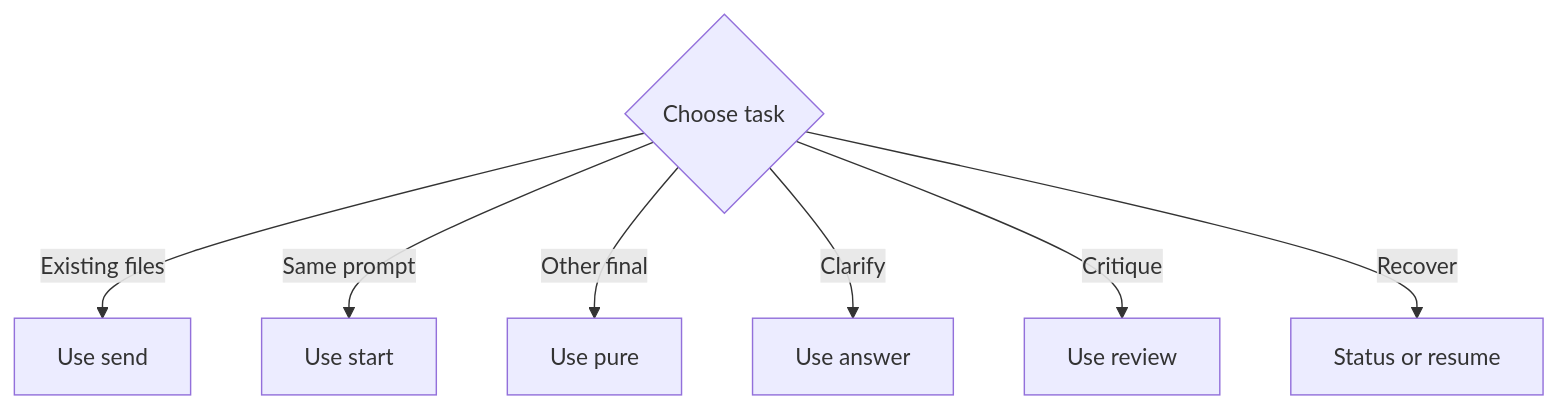
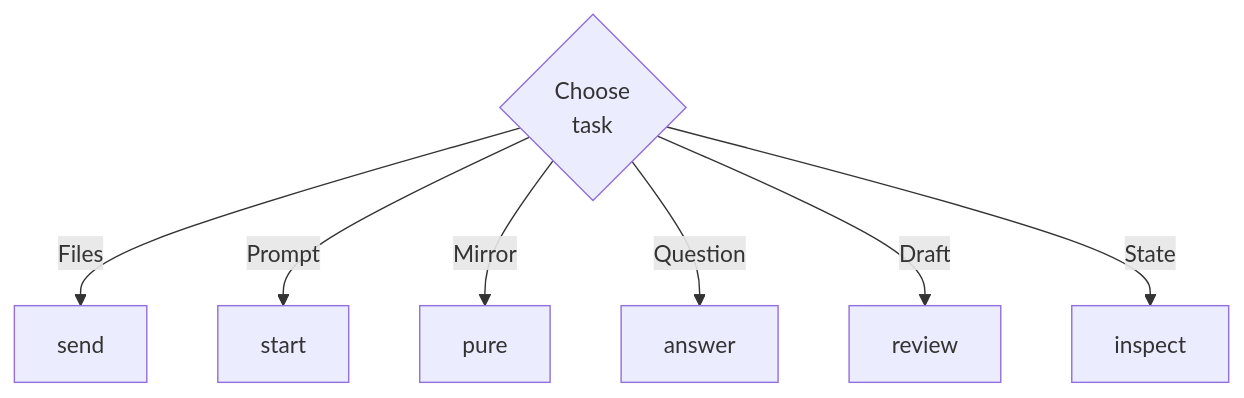
Before and after one commit to TrailblazerSR/ask-tmux-pipeline: the first of 7 diagrams in README.md, drawn with Mermaid. The commit also changed other lines of this file, not shown here.

First line of the commit message:
Wrap Mermaid labels for reliable GitHub rendering

````diff
--- a/README.md
+++ b/README.md
@@ -100,13 +100,14 @@
 ```mermaid
 flowchart TD
     accTitle: Overall Command Choice
     accDescr: Command selection flow showing whether to review existing material, mirror a prompt, answer a clarification, review a draft, or recover pipeline state
 
-    choose_task{Choose task}
-    choose_task -->|Existing files| send_command[Use send]
-    choose_task -->|Same prompt| start_command[Use start]
-    choose_task -->|Other final| pure_alias[Use pure]
-    choose_task -->|Clarify| answer_command[Use answer]
-    choose_task -->|Critique| review_command[Use review]
-    choose_task -->|Recover| inspect_command[Status or resume]
+    choose_task{"`Choose
+    task`"}
+    choose_task -->|Files| send_command["`send`"]
+    choose_task -->|Prompt| start_command["`start`"]
+    choose_task -->|Mirror| pure_alias["`pure`"]
+    choose_task -->|Question| answer_command["`answer`"]
+    choose_task -->|Draft| review_command["`review`"]
+    choose_task -->|State| inspect_command["`inspect`"]
 ```
````
